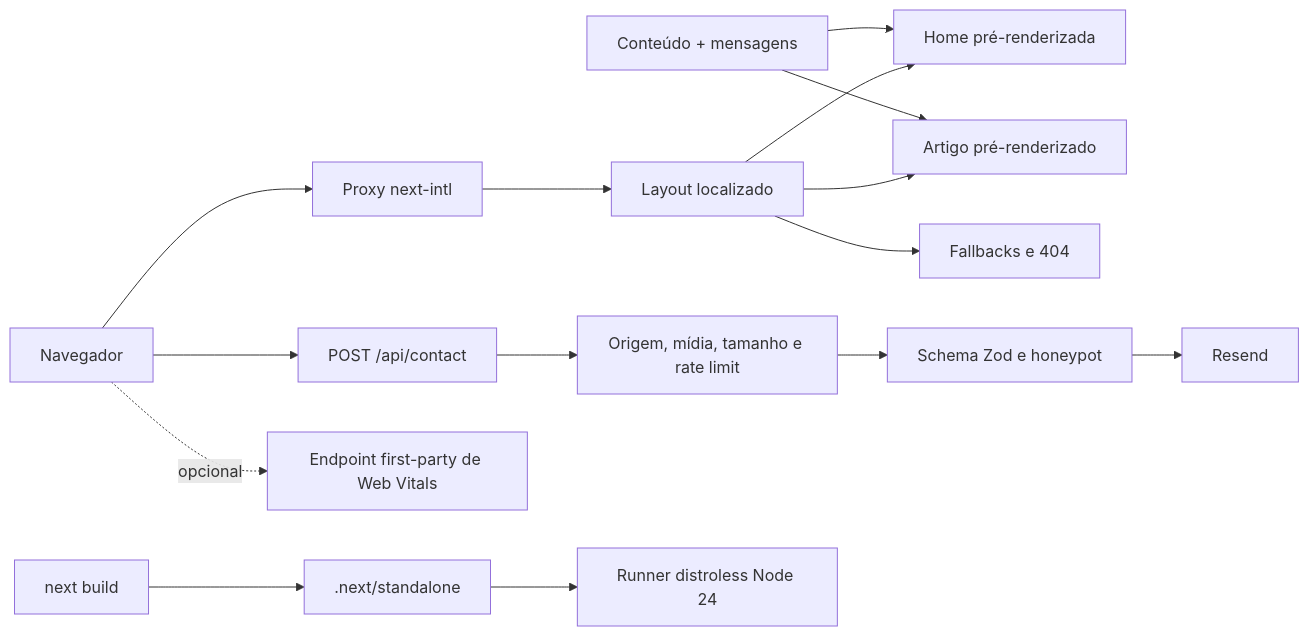
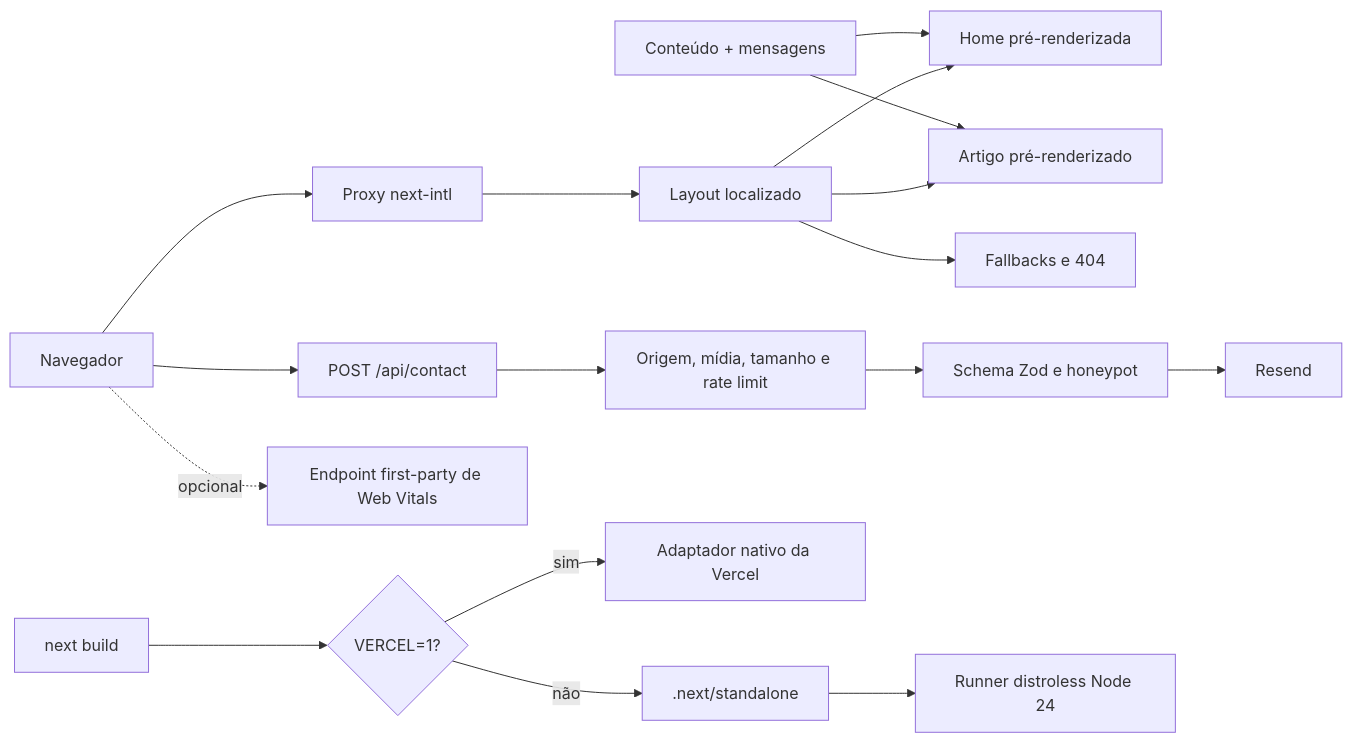
The first of 2 diagrams in docs/TECHNICAL_CONTEXT.md (Rdemora2/Portifolio), drawn with Mermaid before and after one commit. The commit also changed other lines of this file and 2 other files, not shown here.

```diff
--- a/docs/TECHNICAL_CONTEXT.md
+++ b/docs/TECHNICAL_CONTEXT.md
@@ -33,17 +33,19 @@
 ~~~mermaid
 flowchart LR
     B["Navegador"] --> P["Proxy next-intl"]
     P --> L["Layout localizado"]
     L --> H["Home pré-renderizada"]
     L --> A["Artigo pré-renderizado"]
     L --> F["Fallbacks e 404"]
     B --> C["POST /api/contact"]
     C --> G["Origem, mídia, tamanho e rate limit"]
     G --> Z["Schema Zod e honeypot"]
     Z --> R["Resend"]
     B -. "opcional" .-> V["Endpoint first-party de Web Vitals"]
     S["Conteúdo + mensagens"] --> H
     S --> A
-    N["next build"] --> O[".next/standalone"]
+    N["next build"] --> E{"VERCEL=1?"}
+    E -- "sim" --> X["Adaptador nativo da Vercel"]
+    E -- "não" --> O[".next/standalone"]
     O --> D["Runner distroless Node 24"]
 ~~~
```
